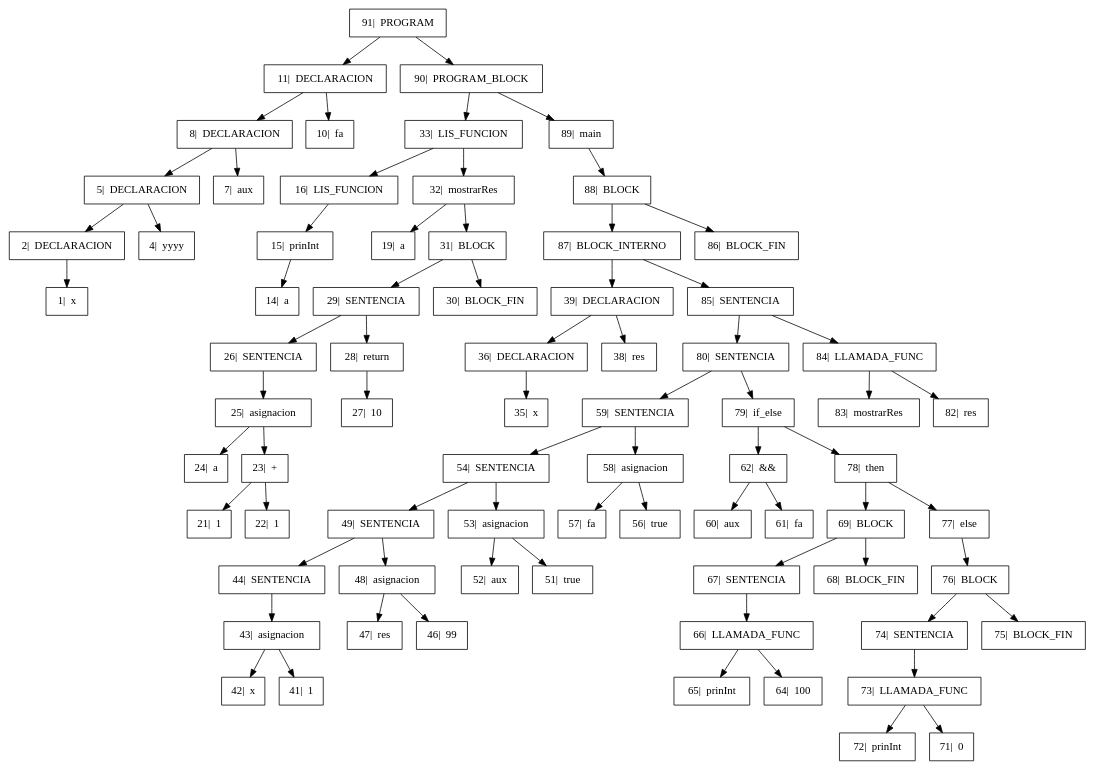
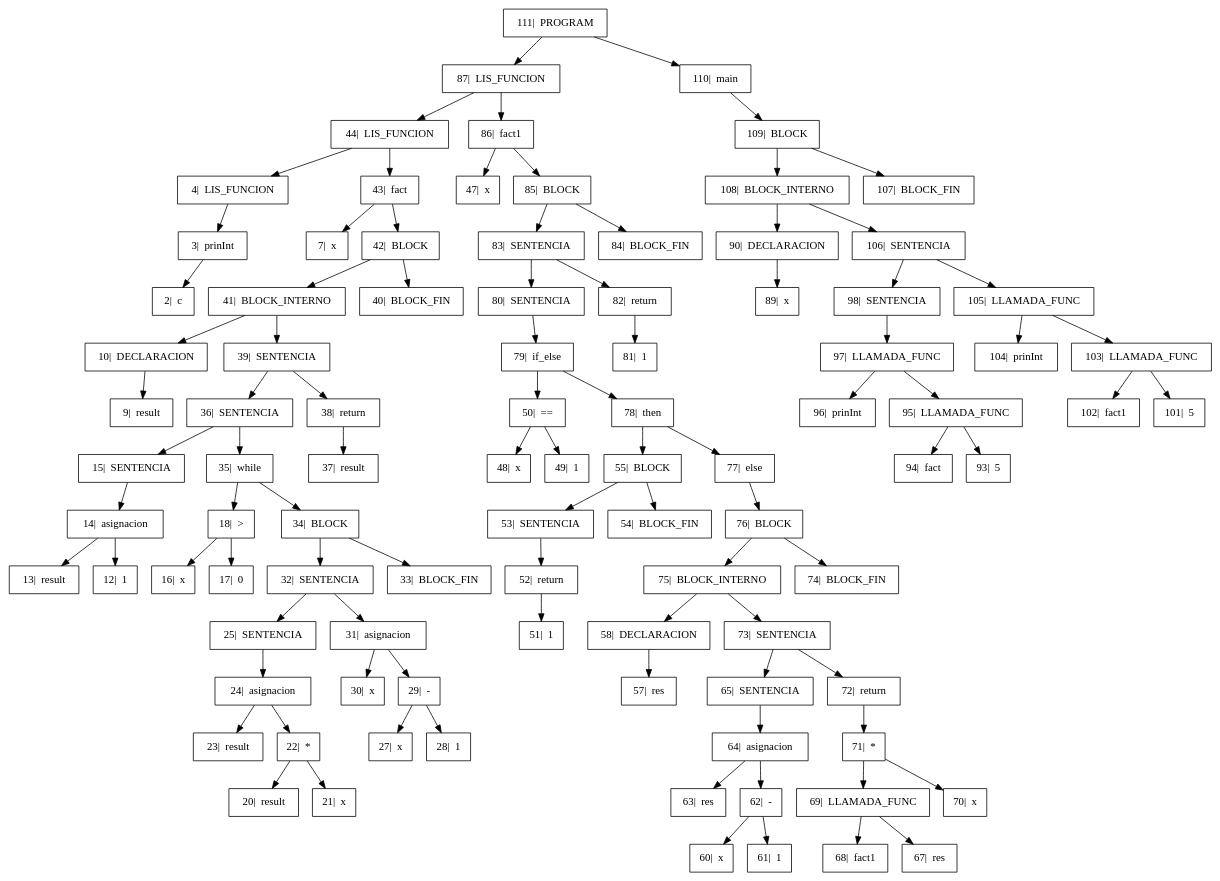
Before and after one commit to GiovA07/PRE-PROYECTO-COMPILADORES: the diagram in Proyecto/output/Arbol.dot, drawn with Graphviz. The commit also changed 9 other files, not shown here.

```diff
--- a/Proyecto/output/Arbol.dot
+++ b/Proyecto/output/Arbol.dot
@@ -1,48 +1,61 @@
 digraph{
 
 rankdir=TB;
 
 node[shape=box];
-"91|  PROGRAM" -> "11|  DECLARACION", "90|  PROGRAM_BLOCK";
-"11|  DECLARACION" -> "8|  DECLARACION", "10|  fa";
-"8|  DECLARACION" -> "5|  DECLARACION", "7|  aux";
-"5|  DECLARACION" -> "2|  DECLARACION", "4|  yyyy";
-"2|  DECLARACION" -> "1|  x" ;
-"90|  PROGRAM_BLOCK" -> "33|  LIS_FUNCION", "89|  main";
-"33|  LIS_FUNCION" -> "16|  LIS_FUNCION", "32|  mostrarRes";
-"16|  LIS_FUNCION" -> "15|  prinInt" ;
-"15|  prinInt" -> "14|  a" ;
-"32|  mostrarRes" -> "19|  a", "31|  BLOCK";
-"31|  BLOCK" -> "29|  SENTENCIA", "30|  BLOCK_FIN";
-"29|  SENTENCIA" -> "26|  SENTENCIA", "28|  return";
-"26|  SENTENCIA" -> "25|  asignacion" ;
-"25|  asignacion" -> "24|  a", "23|  +";
-"23|  +" -> "21|  1", "22|  1";
-"28|  return" -> "27|  10" ;
-"89|  main" -> "88|  BLOCK" ;
-"88|  BLOCK" -> "87|  BLOCK_INTERNO", "86|  BLOCK_FIN";
-"87|  BLOCK_INTERNO" -> "39|  DECLARACION", "85|  SENTENCIA";
-"39|  DECLARACION" -> "36|  DECLARACION", "38|  res";
-"36|  DECLARACION" -> "35|  x" ;
-"85|  SENTENCIA" -> "80|  SENTENCIA", "84|  LLAMADA_FUNC";
-"80|  SENTENCIA" -> "59|  SENTENCIA", "79|  if_else";
-"59|  SENTENCIA" -> "54|  SENTENCIA", "58|  asignacion";
-"54|  SENTENCIA" -> "49|  SENTENCIA", "53|  asignacion";
-"49|  SENTENCIA" -> "44|  SENTENCIA", "48|  asignacion";
-"44|  SENTENCIA" -> "43|  asignacion" ;
-"43|  asignacion" -> "42|  x", "41|  1";
-"48|  asignacion" -> "47|  res", "46|  99";
-"53|  asignacion" -> "52|  aux", "51|  true";
-"58|  asignacion" -> "57|  fa", "56|  true";
-"79|  if_else" -> "62|  &&", "78|  then";
-"62|  &&" -> "60|  aux", "61|  fa";
-"78|  then" -> "69|  BLOCK", "77|  else";
-"69|  BLOCK" -> "67|  SENTENCIA", "68|  BLOCK_FIN";
-"67|  SENTENCIA" -> "66|  LLAMADA_FUNC" ;
-"66|  LLAMADA_FUNC" -> "65|  prinInt", "64|  100";
+"111|  PROGRAM" -> "87|  LIS_FUNCION", "110|  main";
+"87|  LIS_FUNCION" -> "44|  LIS_FUNCION", "86|  fact1";
+"44|  LIS_FUNCION" -> "4|  LIS_FUNCION", "43|  fact";
+"4|  LIS_FUNCION" -> "3|  prinInt" ;
+"3|  prinInt" -> "2|  c" ;
+"43|  fact" -> "7|  x", "42|  BLOCK";
+"42|  BLOCK" -> "41|  BLOCK_INTERNO", "40|  BLOCK_FIN";
+"41|  BLOCK_INTERNO" -> "10|  DECLARACION", "39|  SENTENCIA";
+"10|  DECLARACION" -> "9|  result" ;
+"39|  SENTENCIA" -> "36|  SENTENCIA", "38|  return";
+"36|  SENTENCIA" -> "15|  SENTENCIA", "35|  while";
+"15|  SENTENCIA" -> "14|  asignacion" ;
+"14|  asignacion" -> "13|  result", "12|  1";
+"35|  while" -> "18|  >", "34|  BLOCK";
+"18|  >" -> "16|  x", "17|  0";
+"34|  BLOCK" -> "32|  SENTENCIA", "33|  BLOCK_FIN";
+"32|  SENTENCIA" -> "25|  SENTENCIA", "31|  asignacion";
+"25|  SENTENCIA" -> "24|  asignacion" ;
+"24|  asignacion" -> "23|  result", "22|  *";
+"22|  *" -> "20|  result", "21|  x";
+"31|  asignacion" -> "30|  x", "29|  -";
+"29|  -" -> "27|  x", "28|  1";
+"38|  return" -> "37|  result" ;
+"86|  fact1" -> "47|  x", "85|  BLOCK";
+"85|  BLOCK" -> "83|  SENTENCIA", "84|  BLOCK_FIN";
+"83|  SENTENCIA" -> "80|  SENTENCIA", "82|  return";
+"80|  SENTENCIA" -> "79|  if_else" ;
+"79|  if_else" -> "50|  ==", "78|  then";
+"50|  ==" -> "48|  x", "49|  1";
+"78|  then" -> "55|  BLOCK", "77|  else";
+"55|  BLOCK" -> "53|  SENTENCIA", "54|  BLOCK_FIN";
+"53|  SENTENCIA" -> "52|  return" ;
+"52|  return" -> "51|  1" ;
 "77|  else" -> "76|  BLOCK" ;
-"76|  BLOCK" -> "74|  SENTENCIA", "75|  BLOCK_FIN";
-"74|  SENTENCIA" -> "73|  LLAMADA_FUNC" ;
-"73|  LLAMADA_FUNC" -> "72|  prinInt", "71|  0";
-"84|  LLAMADA_FUNC" -> "83|  mostrarRes", "82|  res";
+"76|  BLOCK" -> "75|  BLOCK_INTERNO", "74|  BLOCK_FIN";
+"75|  BLOCK_INTERNO" -> "58|  DECLARACION", "73|  SENTENCIA";
+"58|  DECLARACION" -> "57|  res" ;
+"73|  SENTENCIA" -> "65|  SENTENCIA", "72|  return";
+"65|  SENTENCIA" -> "64|  asignacion" ;
+"64|  asignacion" -> "63|  res", "62|  -";
+"62|  -" -> "60|  x", "61|  1";
+"72|  return" -> "71|  *" ;
+"71|  *" -> "69|  LLAMADA_FUNC", "70|  x";
+"69|  LLAMADA_FUNC" -> "68|  fact1", "67|  res";
+"82|  return" -> "81|  1" ;
+"110|  main" -> "109|  BLOCK" ;
+"109|  BLOCK" -> "108|  BLOCK_INTERNO", "107|  BLOCK_FIN";
+"108|  BLOCK_INTERNO" -> "90|  DECLARACION", "106|  SENTENCIA";
+"90|  DECLARACION" -> "89|  x" ;
+"106|  SENTENCIA" -> "98|  SENTENCIA", "105|  LLAMADA_FUNC";
+"98|  SENTENCIA" -> "97|  LLAMADA_FUNC" ;
+"97|  LLAMADA_FUNC" -> "96|  prinInt", "95|  LLAMADA_FUNC";
+"95|  LLAMADA_FUNC" -> "94|  fact", "93|  5";
+"105|  LLAMADA_FUNC" -> "104|  prinInt", "103|  LLAMADA_FUNC";
+"103|  LLAMADA_FUNC" -> "102|  fact1", "101|  5";
 }
```
